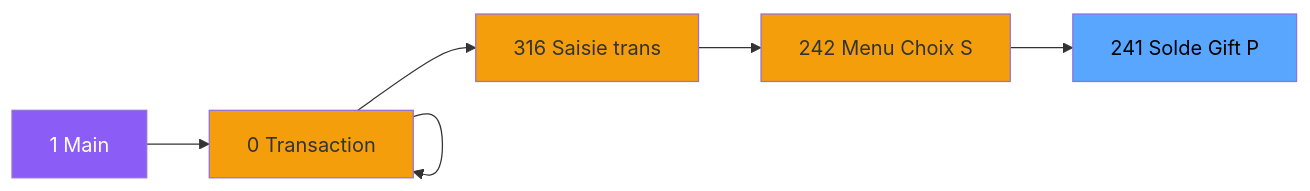
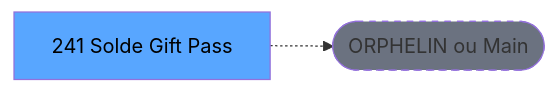
One commit to thonyAGP/lecteur-magic changed the second of 3 diagrams in .openspec/specs/ADH-IDE-241.md. Above: the diagram before and after it, drawn with Mermaid. The commit also changed other lines of this file and 701 other files, not shown here.

````diff
--- a/.openspec/specs/ADH-IDE-241.md
+++ b/.openspec/specs/ADH-IDE-241.md
@@ -109,23 +117,8 @@
 ```mermaid
 graph LR
-    M[1 Main]
-    N0[0 Transaction ]
-    N0[0 Transaction ]
-    N0[0 Transaction ]
-    N316[316 Saisie trans]
-    N242[242 Menu Choix S]
-    T[241 Solde Gift P]
-    M --> N0
-    N0 --> N0
-    N0 --> N0
-    N0 --> N316
-    N316 --> N242
-    N242 --> T
-    style M fill:#8b5cf6,color:#fff
-    style N0 fill:#f59e0b
-    style N0 fill:#f59e0b
-    style N0 fill:#f59e0b
-    style N316 fill:#f59e0b
-    style N242 fill:#f59e0b
+    T[241 Solde Gift Pass]
+    ORPHAN([ORPHELIN ou Main])
+    T -.-> ORPHAN
     style T fill:#58a6ff,color:#000
+    style ORPHAN fill:#6b7280,stroke-dasharray: 5 5
 ```
````
